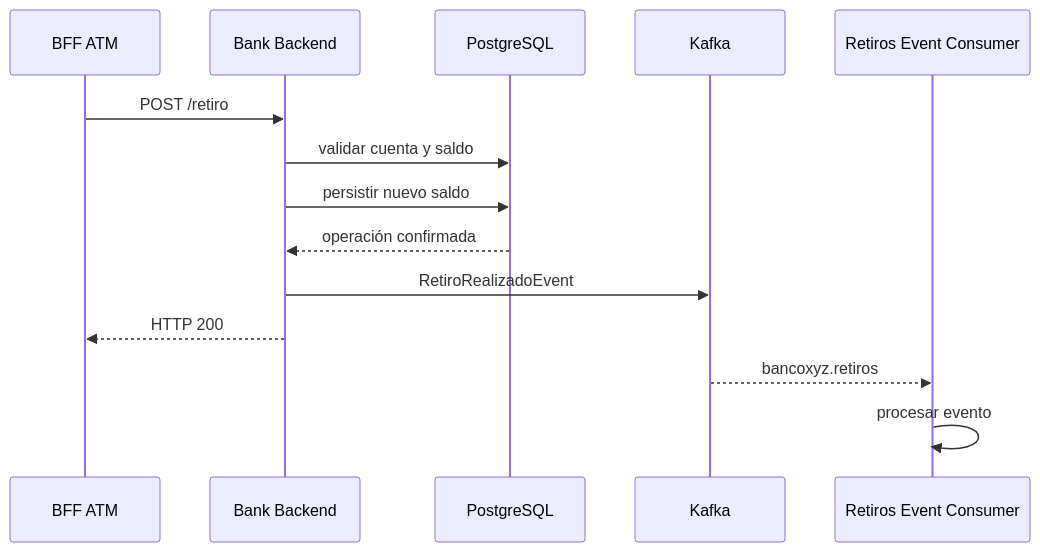
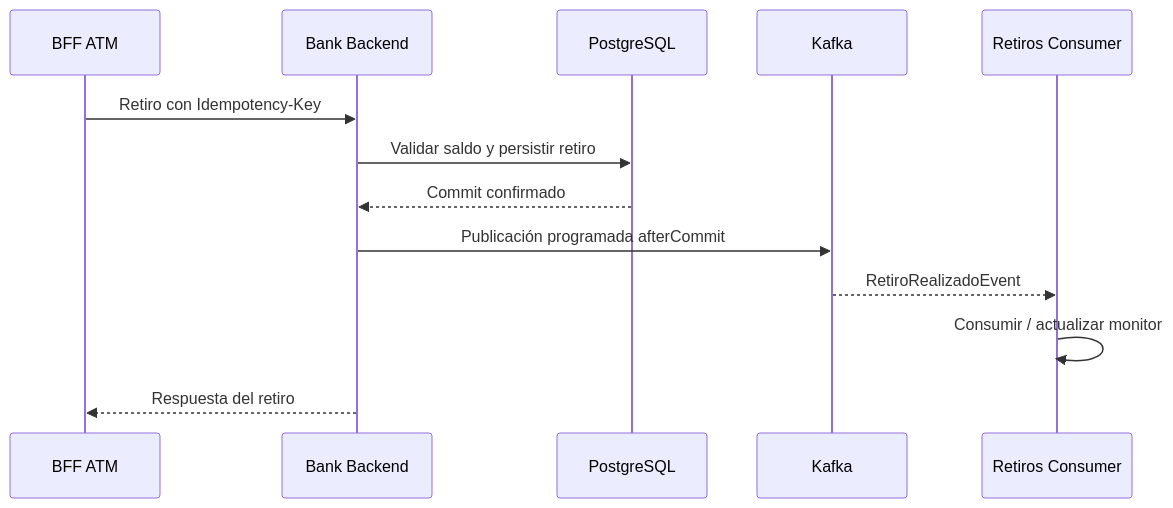
Before and after one commit to LadyRed145/bancoxyzbatch: the second of 3 diagrams in README.md, drawn with Mermaid. The commit also changed other lines of this file and 9 other files, not shown here.

````diff
--- a/README.md
+++ b/README.md
@@ -251,17 +243,16 @@
 ```mermaid
 sequenceDiagram
     participant ATM as BFF ATM
     participant BE as Bank Backend
     participant DB as PostgreSQL
     participant K as Kafka
-    participant C as Retiros Event Consumer
+    participant C as Retiros Consumer
 
-    ATM->>BE: POST /retiro
-    BE->>DB: validar cuenta y saldo
-    BE->>DB: persistir nuevo saldo
-    DB-->>BE: operación confirmada
-    BE->>K: RetiroRealizadoEvent
-    BE-->>ATM: HTTP 200
-    K-->>C: bancoxyz.retiros
-    C->>C: procesar evento
+    ATM->>BE: Retiro con Idempotency-Key
+    BE->>DB: Validar saldo y persistir retiro
+    DB-->>BE: Commit confirmado
+    BE->>K: Publicación programada afterCommit
+    K-->>C: RetiroRealizadoEvent
+    C->>C: Consumir / actualizar monitor
+    BE-->>ATM: Respuesta del retiro
 ```
````
